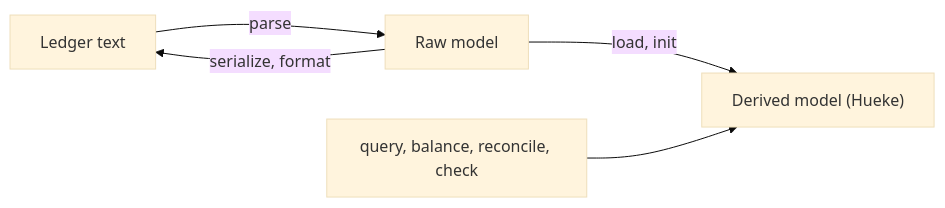
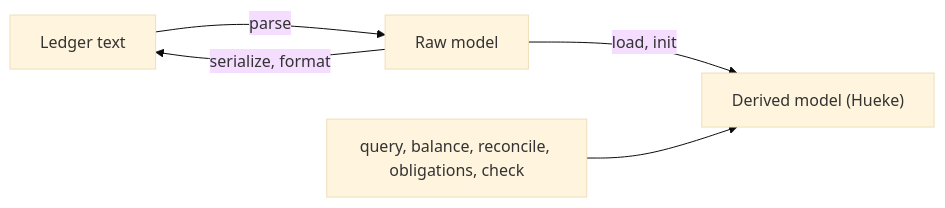
Before and after one commit to stellarator-studio/hueke: the first of 2 diagrams in docs/architecture.md, drawn with Mermaid (base theme). The commit also changed other lines of this file and 79 other files, not shown here.

````diff
--- a/docs/architecture.md
+++ b/docs/architecture.md
@@ -19,7 +19,7 @@
 ```mermaid
 flowchart LR
     text[Ledger text] -- parse --> raw[Raw model]
     raw -- "load, init" --> derived["Derived model (Hueke)"]
     raw -- "serialize, format" --> text
-    api["query, balance, reconcile, check"] --> derived
+    api["query, balance, reconcile, obligations, check"] --> derived
 ```
````
